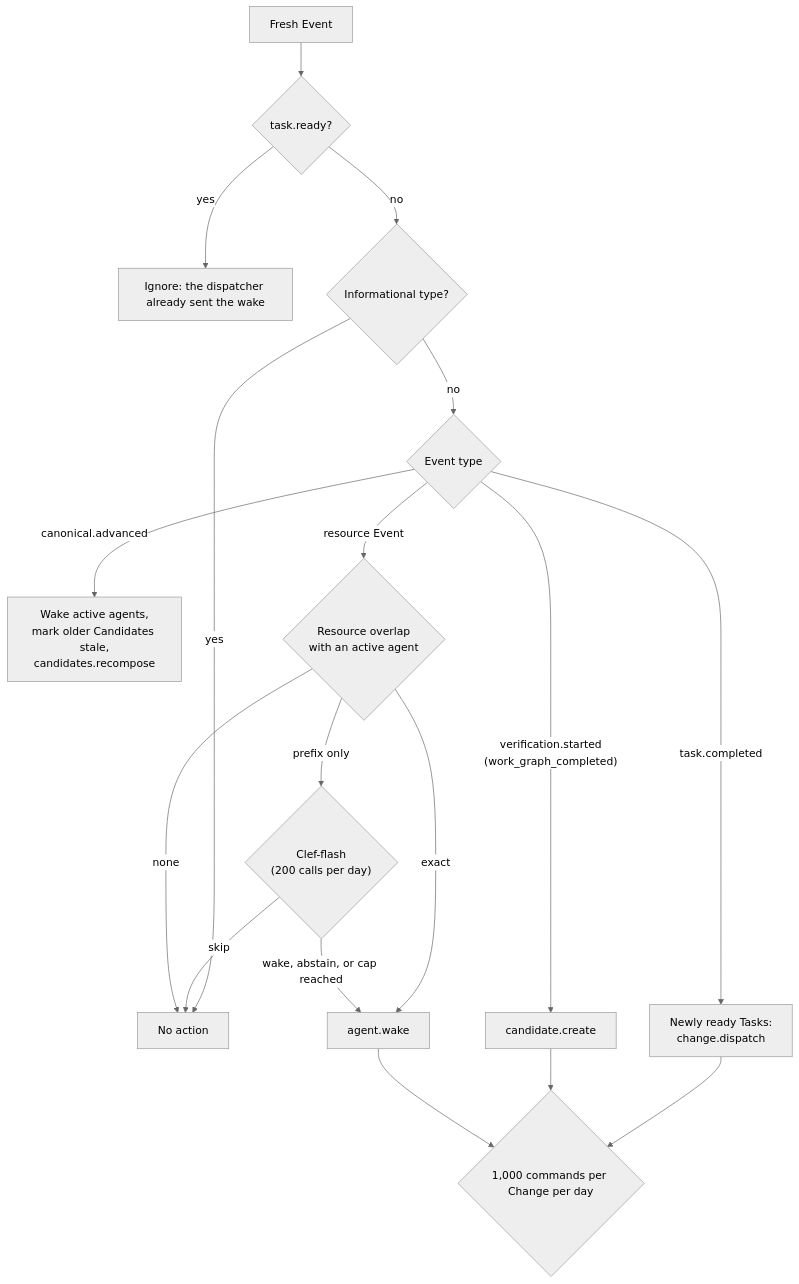
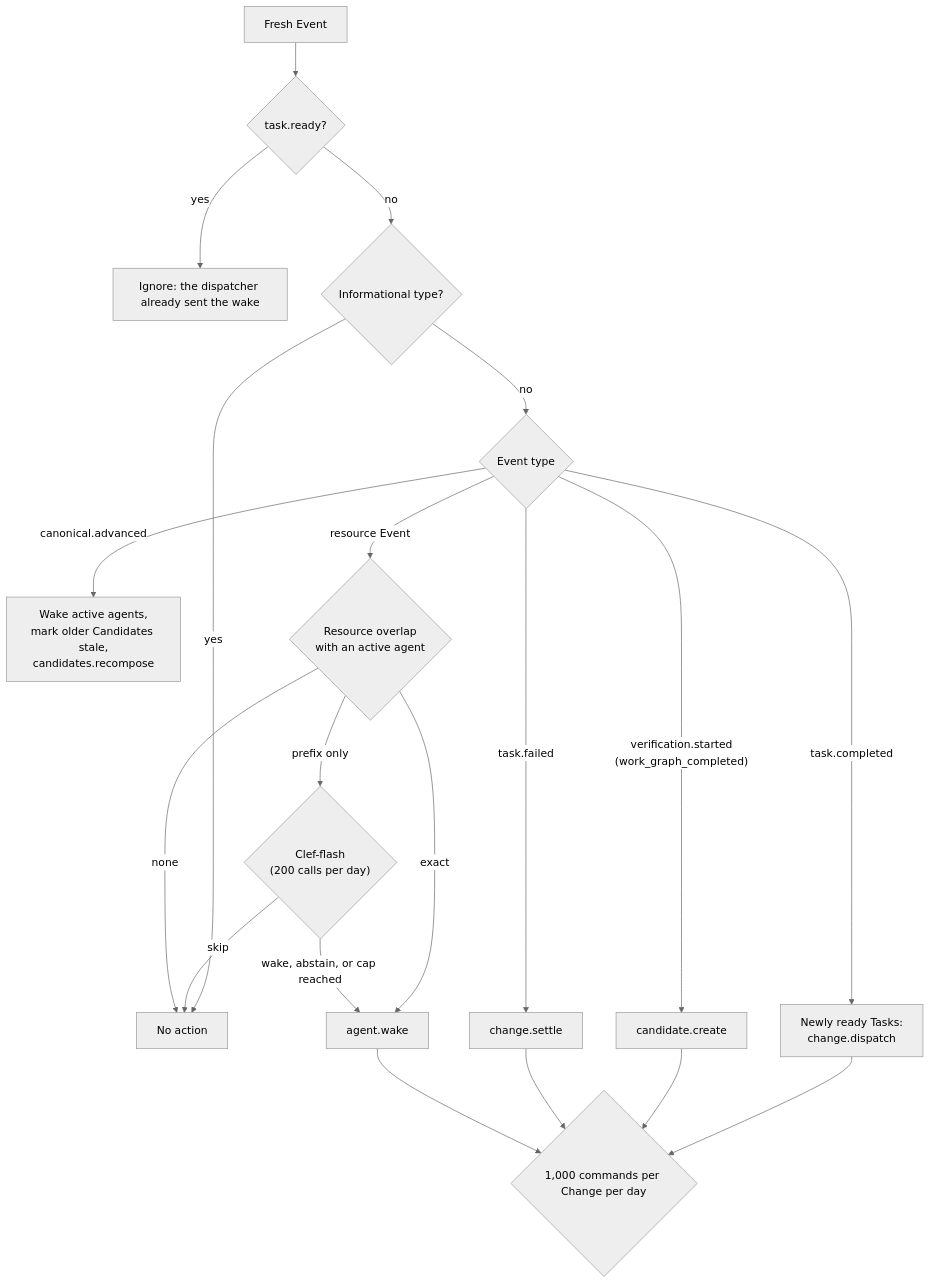
Before and after one commit to nsudhanva/rhumbatron: the fourth of 7 diagrams in docs/architecture/events-and-commands.md, drawn with Mermaid (neutral theme). The commit also changed other lines of this file and 12 other files, not shown here.

````diff
--- a/docs/architecture/events-and-commands.md
+++ b/docs/architecture/events-and-commands.md
@@ -127,20 +127,22 @@
 ```mermaid
 flowchart TB
   E["Fresh Event"] --> TR{"task.ready?"}
   TR -->|"yes"| SKIP["Ignore: the dispatcher already sent the wake"]
   TR -->|"no"| INF{"Informational type?"}
   INF -->|"yes"| NONE["No action"]
   INF -->|"no"| TYPE{"Event type"}
   TYPE -->|"task.completed"| READY["Newly ready Tasks:<br/>change.dispatch"]
   TYPE -->|"verification.started<br/>(work_graph_completed)"| COMP["candidate.create"]
+  TYPE -->|"task.failed"| SETTLE["change.settle"]
   TYPE -->|"canonical.advanced"| CA["Wake active agents,<br/>mark older Candidates stale,<br/>candidates.recompose"]
   TYPE -->|"resource Event"| OV{"Resource overlap<br/>with an active agent"}
   OV -->|"exact"| WAKE["agent.wake"]
   OV -->|"prefix only"| CLEF{"Clef-flash<br/>(200 calls per day)"}
   CLEF -->|"wake, abstain, or cap reached"| WAKE
   CLEF -->|"skip"| NONE
   OV -->|"none"| NONE
   READY --> CAP{"1,000 commands per Change per day"}
   COMP --> CAP
+  SETTLE --> CAP
   WAKE --> CAP
 ```
````
